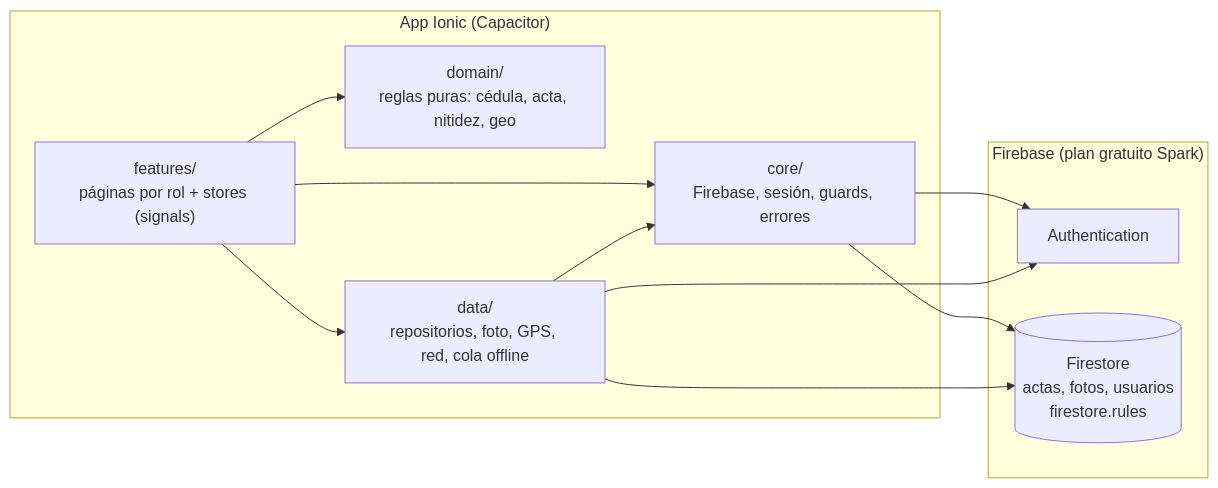
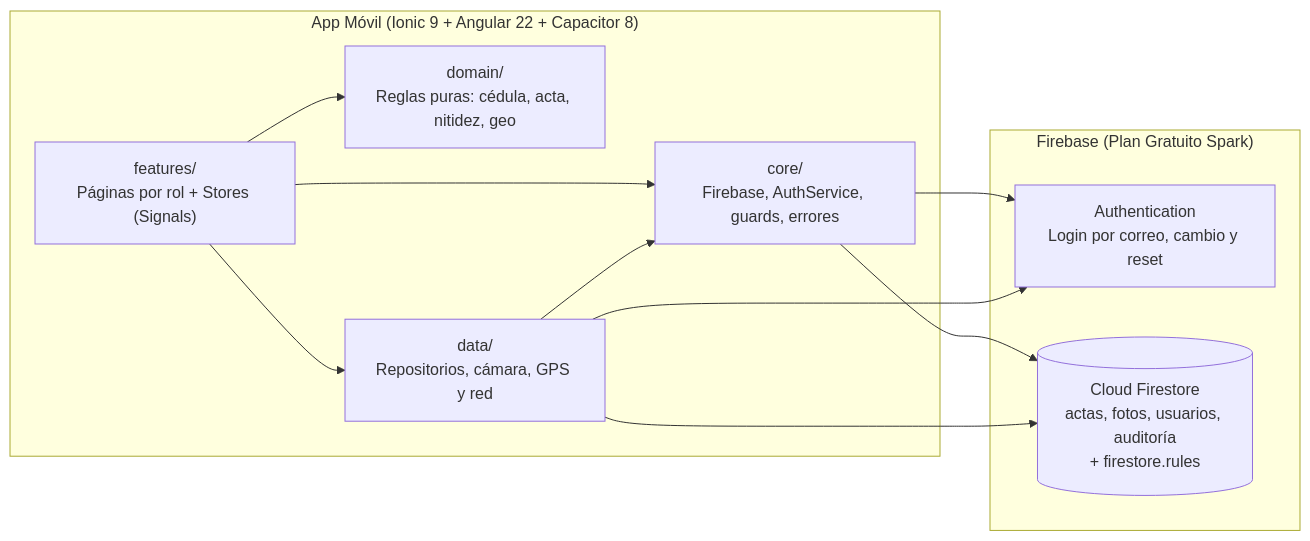
One commit to JimSul16/EleccionesEPN changed the diagram in README.md. Above: the diagram before and after it, drawn with Mermaid. The commit also changed other lines of this file, not shown here.

````diff
--- a/README.md
+++ b/README.md
@@ -32,21 +59,23 @@
 ```mermaid
 flowchart LR
-  subgraph App["App Ionic (Capacitor)"]
-    F["features/<br/>páginas por rol + stores (signals)"]
-    D["domain/<br/>reglas puras: cédula, acta, nitidez, geo"]
-    DA["data/<br/>repositorios, foto, GPS, red, cola offline"]
-    C["core/<br/>Firebase, sesión, guards, errores"]
+  subgraph App["App Móvil (Ionic 9 + Angular 22 + Capacitor 8)"]
+    F["features/<br/>Páginas por rol + Stores (Signals)"]
+    D["domain/<br/>Reglas puras: cédula, acta, nitidez, geo"]
+    DA["data/<br/>Repositorios, cámara, GPS y red"]
+    C["core/<br/>Firebase, AuthService, guards, errores"]
     F --> D
     F --> DA
     F --> C
     DA --> C
   end
-  subgraph Firebase["Firebase (plan gratuito Spark)"]
-    A[Authentication]
-    FS[(Firestore<br/>actas, fotos, usuarios<br/>firestore.rules)]
+
+  subgraph Firebase["Firebase (Plan Gratuito Spark)"]
+    A["Authentication<br/>Login por correo, cambio y reset"]
+    FS[("Cloud Firestore<br/>actas, fotos, usuarios, auditoría<br/>+ firestore.rules")]
   end
+
   C --> A
   C --> FS
   DA --> FS
   DA --> A
 ```
````
